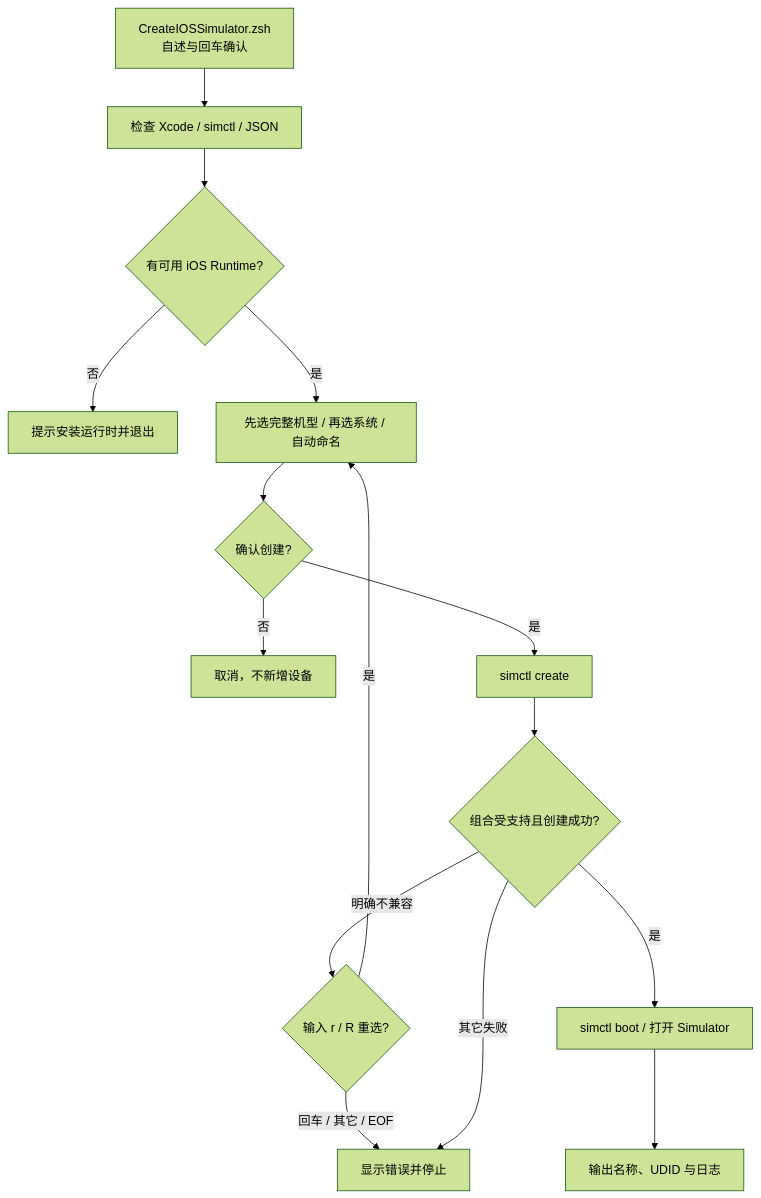
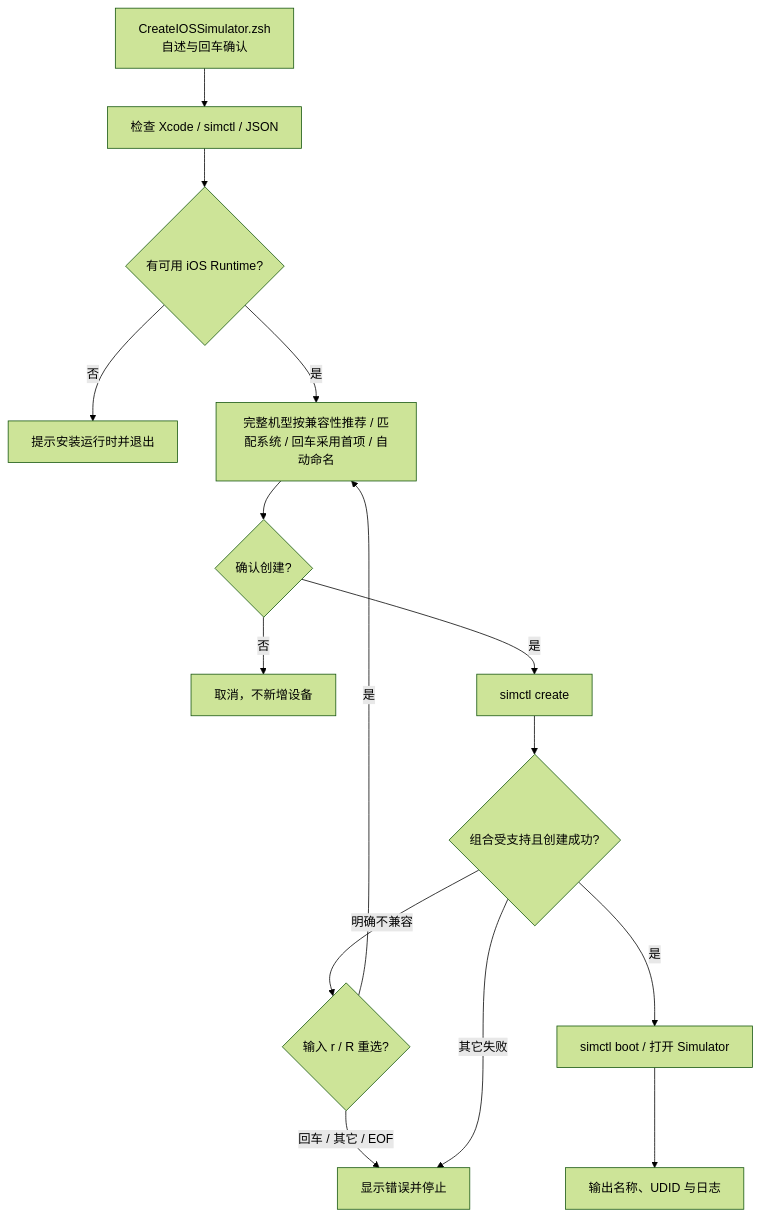
The second of 2 diagrams in JobsIOSSimulatorCreator/README.md (JobsKits/MacOS_Extension), drawn with Mermaid (forest theme) before and after one commit. The commit also changed other lines of this file and 3 other files, not shown here.

````diff
--- a/JobsIOSSimulatorCreator/README.md
+++ b/JobsIOSSimulatorCreator/README.md
@@ -114,17 +116,17 @@
 ```mermaid
 flowchart TD
     A["CreateIOSSimulator.zsh<br/>自述与回车确认"] --> B["检查 Xcode / simctl / JSON"]
     B --> C{"有可用 iOS Runtime?"}
     C -->|否| D["提示安装运行时并退出"]
-    C -->|是| E["先选完整机型 / 再选系统 / 自动命名"]
+    C -->|是| E["完整机型按兼容性推荐 / 匹配系统 / 回车采用首项 / 自动命名"]
     E --> F{"确认创建?"}
     F -->|否| G["取消，不新增设备"]
     F -->|是| H["simctl create"]
     H --> K{"组合受支持且创建成功?"}
     K -->|明确不兼容| M{"输入 r / R 重选?"}
     M -->|是| E
     M -->|回车 / 其它 / EOF| L
     K -->|其它失败| L["显示错误并停止"]
     K -->|是| I["simctl boot / 打开 Simulator"]
     I --> J["输出名称、UDID 与日志"]
 ```
````
